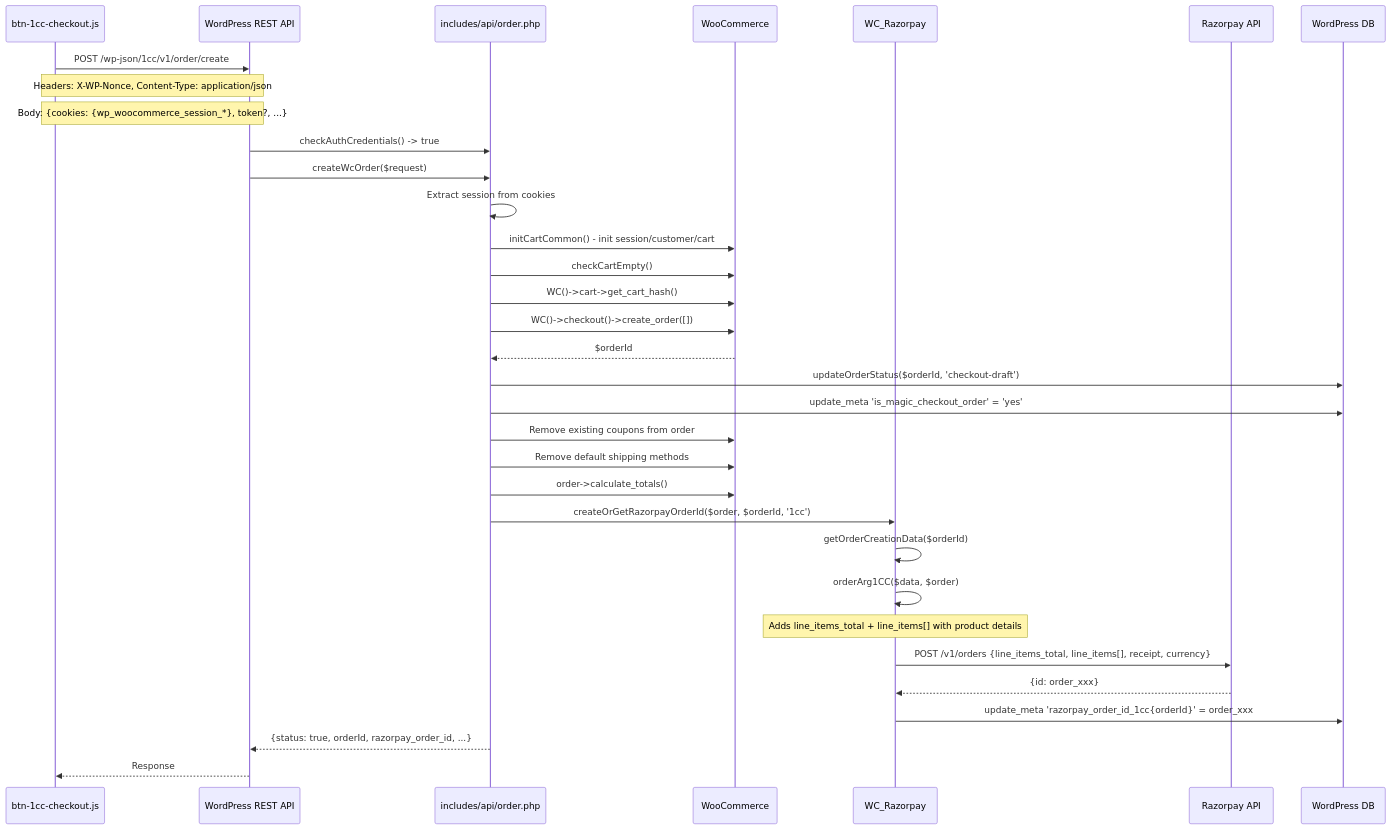
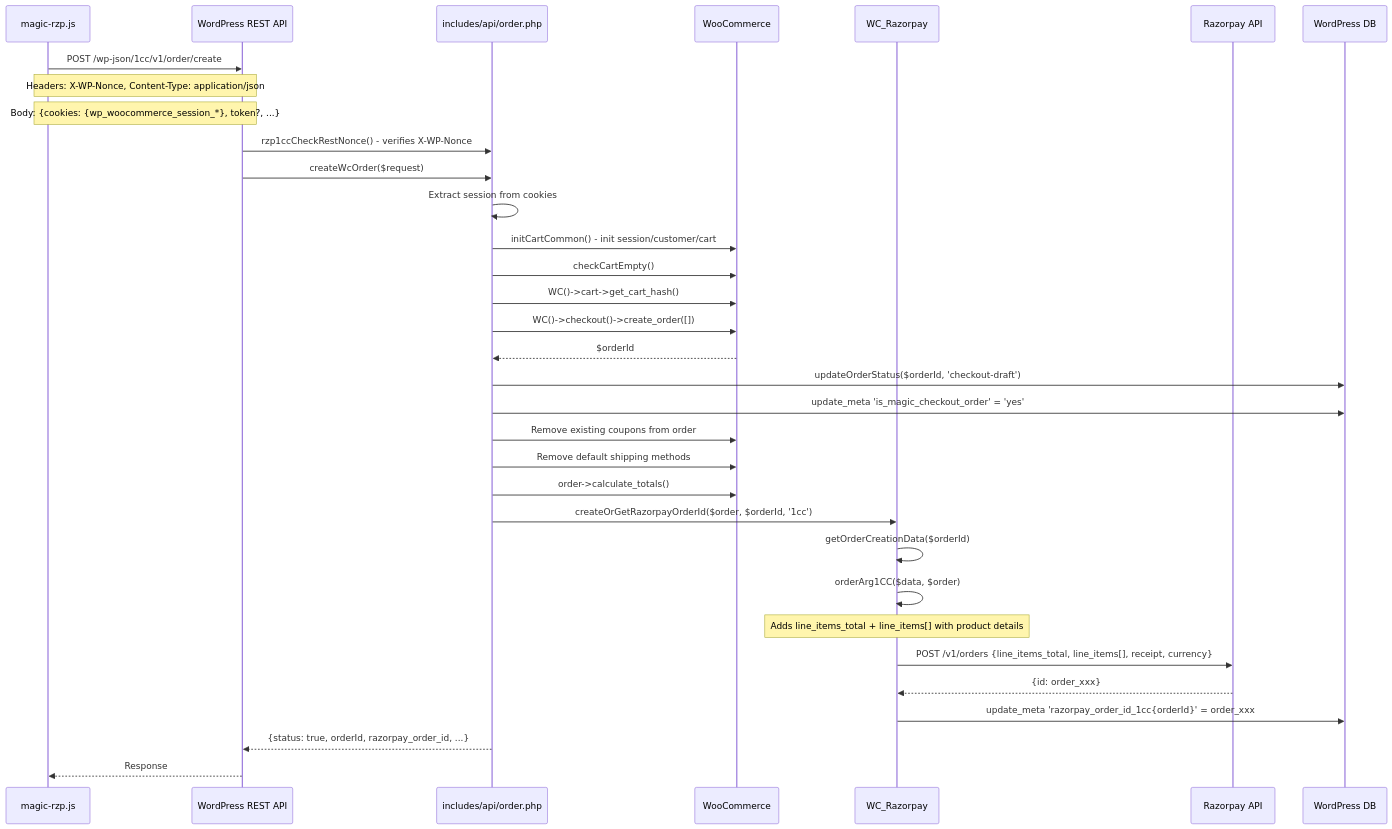
The sixth of 10 diagrams in docs/flows/route-checkout-flow.md (razorpay/razorpay-woocommerce), drawn with Mermaid before and after one commit. The commit also changed other lines of this file and 12 other files, not shown here.

````diff
--- a/docs/flows/route-checkout-flow.md
+++ b/docs/flows/route-checkout-flow.md
@@ -154,44 +154,44 @@
 ```mermaid
 sequenceDiagram
-    participant BTN as btn-1cc-checkout.js
+    participant BTN as magic-rzp.js
     participant REST as WordPress REST API
     participant API as includes/api/order.php
     participant WC as WooCommerce
     participant RZP as WC_Razorpay
     participant RZPAPI as Razorpay API
     participant DB as WordPress DB
 
     BTN->>REST: POST /wp-json/1cc/v1/order/create
     Note over BTN,REST: Headers: X-WP-Nonce, Content-Type: application/json
     Note over BTN,REST: Body: {cookies: {wp_woocommerce_session_*}, token?, ...}
 
-    REST->>API: checkAuthCredentials() -> true
+    REST->>API: rzp1ccCheckRestNonce() - verifies X-WP-Nonce
     REST->>API: createWcOrder($request)
 
     API->>API: Extract session from cookies
     API->>WC: initCartCommon() - init session/customer/cart
     API->>WC: checkCartEmpty()
     API->>WC: WC()->cart->get_cart_hash()
 
     API->>WC: WC()->checkout()->create_order([])
     WC-->>API: $orderId
 
     API->>DB: updateOrderStatus($orderId, 'checkout-draft')
     API->>DB: update_meta 'is_magic_checkout_order' = 'yes'
 
     API->>WC: Remove existing coupons from order
     API->>WC: Remove default shipping methods
     API->>WC: order->calculate_totals()
 
     API->>RZP: createOrGetRazorpayOrderId($order, $orderId, '1cc')
     RZP->>RZP: getOrderCreationData($orderId)
     RZP->>RZP: orderArg1CC($data, $order)
     Note over RZP: Adds line_items_total + line_items[] with product details
 
     RZP->>RZPAPI: POST /v1/orders {line_items_total, line_items[], receipt, currency}
     RZPAPI-->>RZP: {id: order_xxx}
     RZP->>DB: update_meta 'razorpay_order_id_1cc{orderId}' = order_xxx
 
     API-->>REST: {status: true, orderId, razorpay_order_id, ...}
     REST-->>BTN: Response
 ```
````
